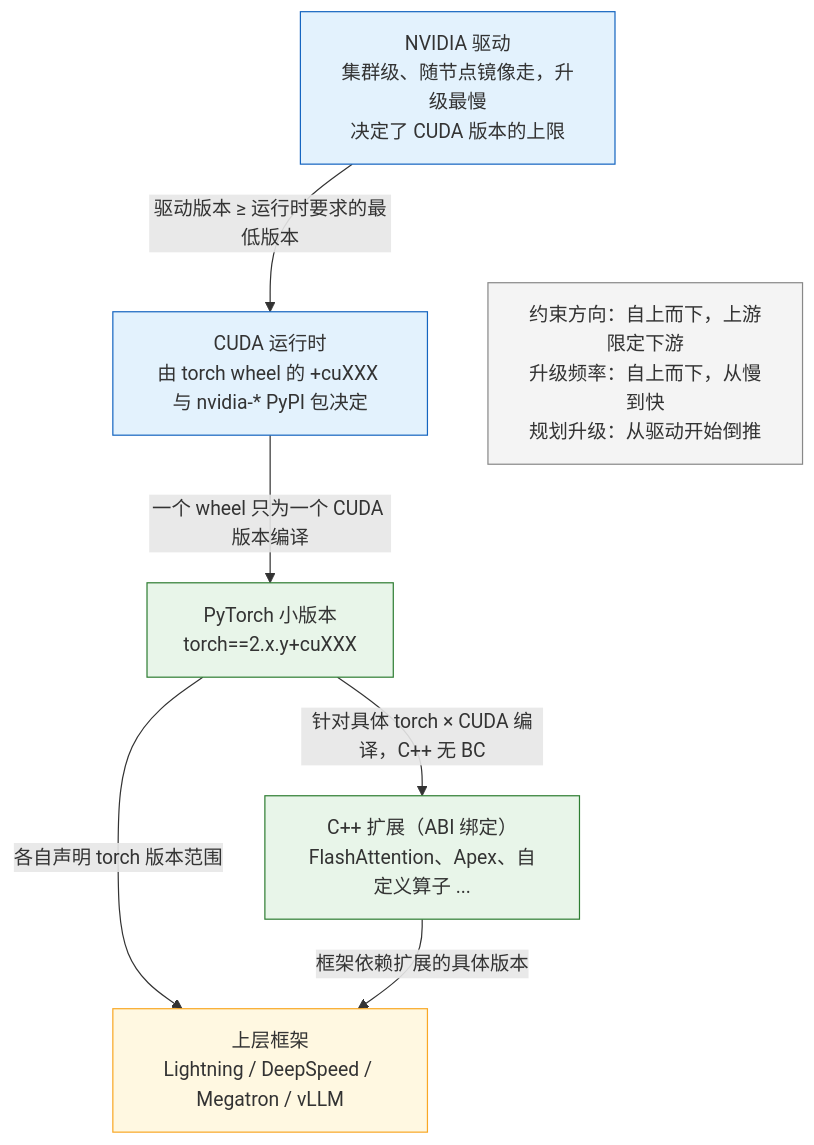
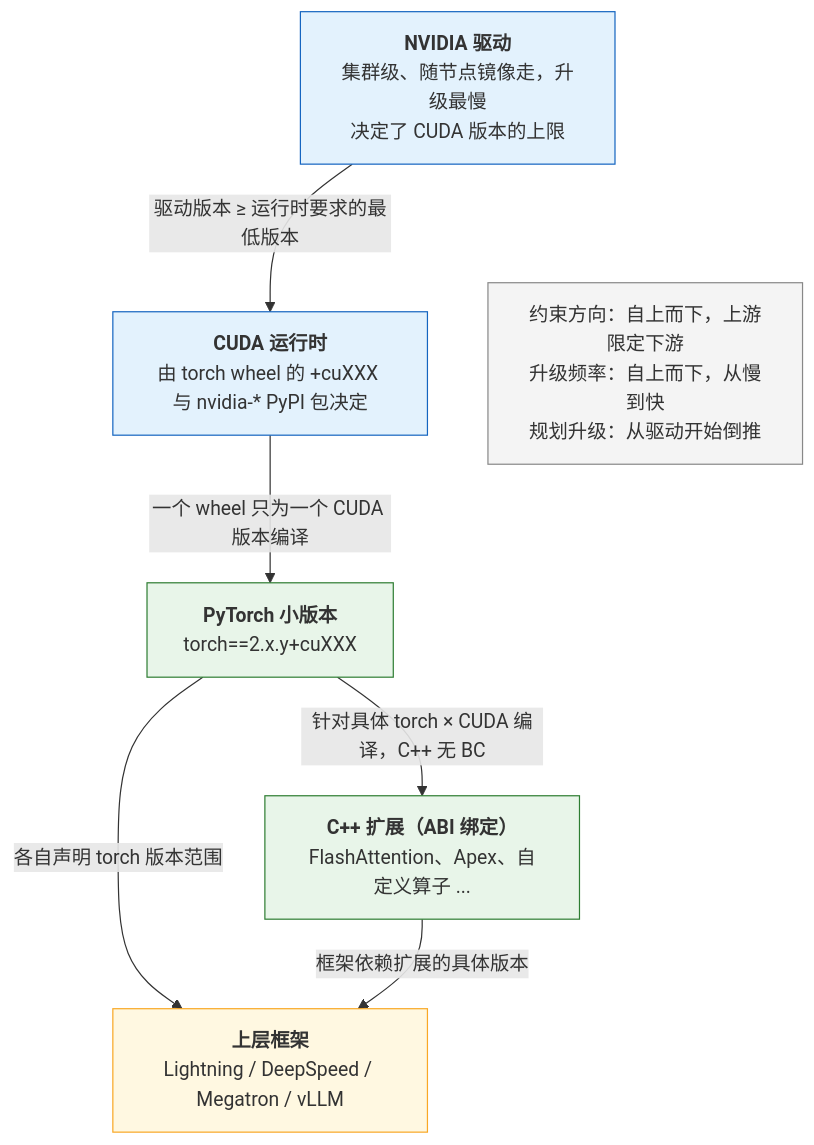
Before and after one commit to arganzheng/arganzheng.github.com: the sixth of 6 diagrams in _posts/2026-02-26-pytorch-engineering-system.md, drawn with Mermaid. The commit also changed other lines of this file and 10 other files, not shown here.

First line of the commit message:
PyTorch 深度实践：从 Tensor 到深度学习运行时：Mermaid 多行方框的首行标为标题（11 篇）

````diff
--- a/_posts/2026-02-26-pytorch-engineering-system.md
+++ b/_posts/2026-02-26-pytorch-engineering-system.md
@@ -840,26 +840,26 @@
 ```mermaid
 %% 图：兼容矩阵的单向约束链：驱动 → CUDA → PyTorch → C++ 扩展 → 上层框架，越靠上游升级越慢
 flowchart TB
-    DRV["NVIDIA 驱动<br/>集群级、随节点镜像走，升级最慢<br/>决定了 CUDA 版本的上限"]
-    CUDA["CUDA 运行时<br/>由 torch wheel 的 +cuXXX 与 nvidia-* PyPI 包决定"]
-    PT["PyTorch 小版本<br/>torch==2.x.y+cuXXX"]
-    EXT["C++ 扩展（ABI 绑定）<br/>FlashAttention、Apex、自定义算子 ..."]
-    FW["上层框架<br/>Lightning / DeepSpeed / Megatron / vLLM"]
+    DRV["<b>NVIDIA 驱动</b><br/>集群级、随节点镜像走，升级最慢<br/>决定了 CUDA 版本的上限"]
+    CUDA["<b>CUDA 运行时</b><br/>由 torch wheel 的 +cuXXX 与 nvidia-* PyPI 包决定"]
+    PT["<b>PyTorch 小版本</b><br/>torch==2.x.y+cuXXX"]
+    EXT["<b>C++ 扩展（ABI 绑定）</b><br/>FlashAttention、Apex、自定义算子 ..."]
+    FW["<b>上层框架</b><br/>Lightning / DeepSpeed / Megatron / vLLM"]
     NOTE["约束方向：自上而下，上游限定下游<br/>升级频率：自上而下，从慢到快<br/>规划升级：从驱动开始倒推"]
 
     DRV -->|"驱动版本 ≥ 运行时要求的最低版本"| CUDA
     CUDA -->|"一个 wheel 只为一个 CUDA 版本编译"| PT
     PT -->|"针对具体 torch × CUDA 编译，C++ 无 BC"| EXT
     PT -->|"各自声明 torch 版本范围"| FW
     EXT -->|"框架依赖扩展的具体版本"| FW
     DRV ~~~ NOTE
 
     classDef slow fill:#e3f2fd,stroke:#1565c0;
     classDef mid fill:#e8f5e9,stroke:#2e7d32;
     classDef fast fill:#fff8e1,stroke:#f9a825;
     classDef note fill:#f4f4f4,stroke:#888;
     class DRV,CUDA slow;
     class PT,EXT mid;
     class FW fast;
     class NOTE note;
 ```
````
